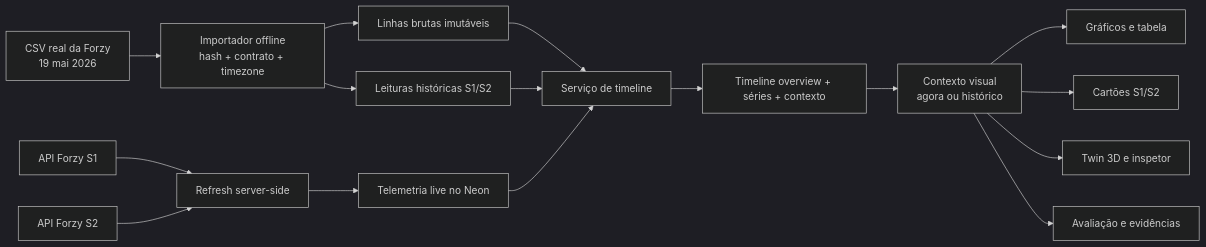
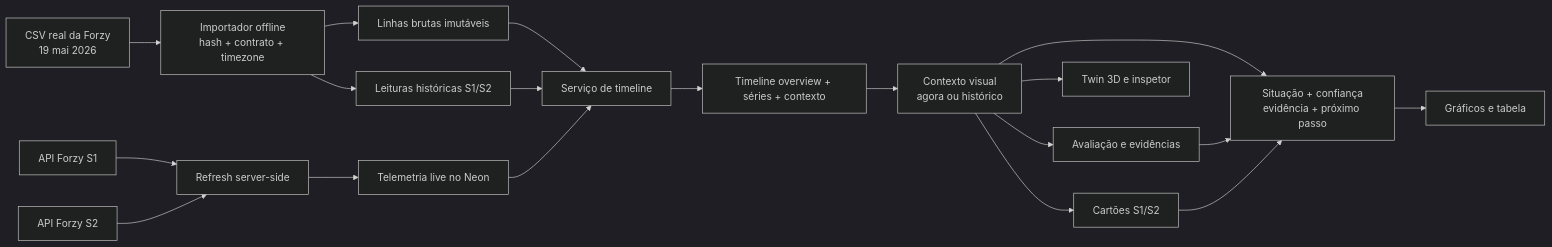
One commit to 9luis7/forzy-twinops changed the diagram in docs/superpowers/specs/2026-08-22-unified-history-interactive-twin-design.md. Above: the diagram before and after it, drawn with Mermaid (dark theme). The commit also changed other lines of this file, not shown here.

````diff
--- a/docs/superpowers/specs/2026-08-22-unified-history-interactive-twin-design.md
+++ b/docs/superpowers/specs/2026-08-22-unified-history-interactive-twin-design.md
@@ -171,21 +251,24 @@
 ```mermaid
 flowchart LR
     CSV["CSV real da Forzy\n19 mai 2026"] --> IMP["Importador offline\nhash + contrato + timezone"]
     IMP --> RAW["Linhas brutas imutáveis"]
     IMP --> ARCH["Leituras históricas S1/S2"]
 
     S1["API Forzy S1"] --> REFRESH["Refresh server-side"]
     S2["API Forzy S2"] --> REFRESH
     REFRESH --> LIVE["Telemetria live no Neon"]
 
     RAW --> TL["Serviço de timeline"]
     ARCH --> TL
     LIVE --> TL
     TL --> API["Timeline overview + séries + contexto"]
 
     API --> STATE["Contexto visual\nagora ou histórico"]
-    STATE --> CHART["Gráficos e tabela"]
+    STATE --> DECISION["Situação + confiança\nevidência + próximo passo"]
+    DECISION --> CHART["Gráficos e tabela"]
     STATE --> CARDS["Cartões S1/S2"]
     STATE --> TWIN["Twin 3D e inspetor"]
     STATE --> ASSESS["Avaliação e evidências"]
+    ASSESS --> DECISION
+    CARDS --> DECISION
 ```
````
